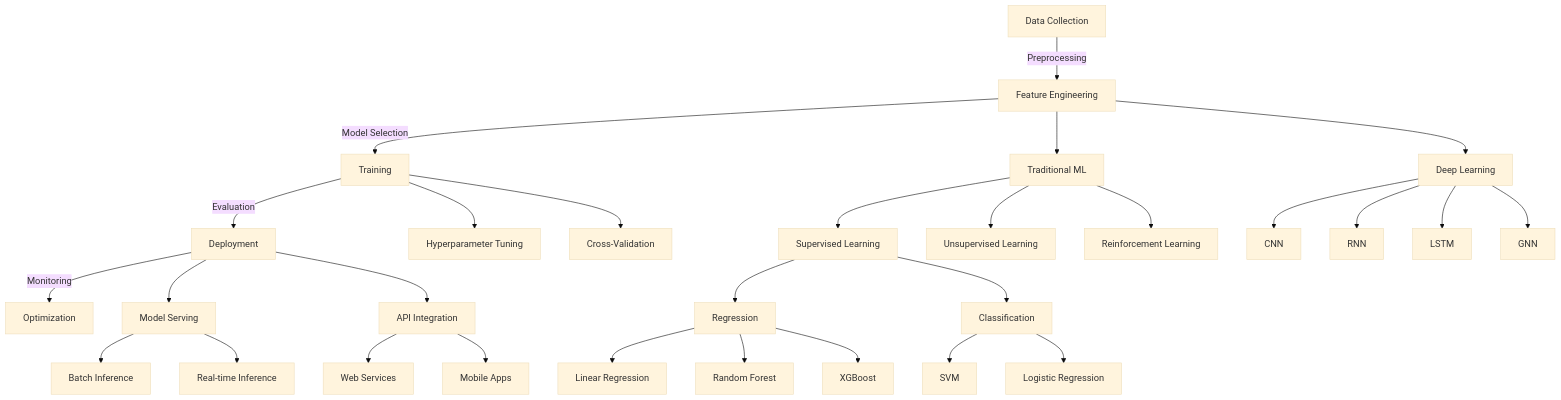
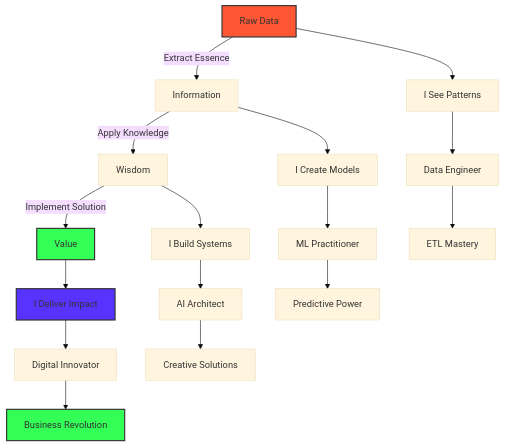
One commit to dheeraz07/dheeraz07 changed the diagram in README.md. Above: the diagram before and after it, drawn with Mermaid (base theme). The commit also changed other lines of this file, not shown here.

Commit message:
Update with creative, mind-blowing bio

````diff
--- a/README.md
+++ b/README.md
@@ -94,41 +107,26 @@
 ```mermaid
 graph TD
-    A[Data Collection] -->|Preprocessing| B[Feature Engineering]
-    B -->|Model Selection| C[Training]
-    C -->|Evaluation| D[Deployment]
-    D -->|Monitoring| E[Optimization]
+    A[Raw Data] -->|Extract Essence| B[Information]
+    B -->|Apply Knowledge| C[Wisdom]
+    C -->|Implement Solution| D[Value]
     
-    B --> F[Traditional ML]
-    B --> G[Deep Learning]
+    A --> E[I See Patterns]
+    B --> F[I Create Models]
+    C --> G[I Build Systems]
+    D --> H[I Deliver Impact]
     
-    F --> H[Supervised Learning]
-    F --> I[Unsupervised Learning]
-    F --> J[Reinforcement Learning]
+    E --> I[Data Engineer]
+    F --> J[ML Practitioner]
+    G --> K[AI Architect]
+    H --> L[Digital Innovator]
     
-    H --> K[Regression]
-    H --> L[Classification]
+    I --> M[ETL Mastery]
+    J --> N[Predictive Power]
+    K --> O[Creative Solutions]
+    L --> P[Business Revolution]
     
-    K --> M[Linear Regression]
-    K --> N[Random Forest]
-    K --> O[XGBoost]
-    
-    L --> P[SVM]
-    L --> Q[Logistic Regression]
-    
-    G --> R[CNN]
-    G --> S[RNN]
-    G --> T[LSTM]
-    G --> U[GNN]
-    
-    C --> V[Hyperparameter Tuning]
-    C --> W[Cross-Validation]
-    
-    D --> X[Model Serving]
-    D --> Y[API Integration]
-    
-    X --> Z[Batch Inference]
-    X --> AA[Real-time Inference]
-    
-    Y --> AB[Web Services]
-    Y --> AC[Mobile Apps]
+    style A fill:#ff5733,stroke:#333,stroke-width:2px
+    style D fill:#33ff57,stroke:#333,stroke-width:2px
+    style H fill:#5733ff,stroke:#333,stroke-width:2px
+    style P fill:#33ff57,stroke:#333,stroke-width:2px
 ```
````
